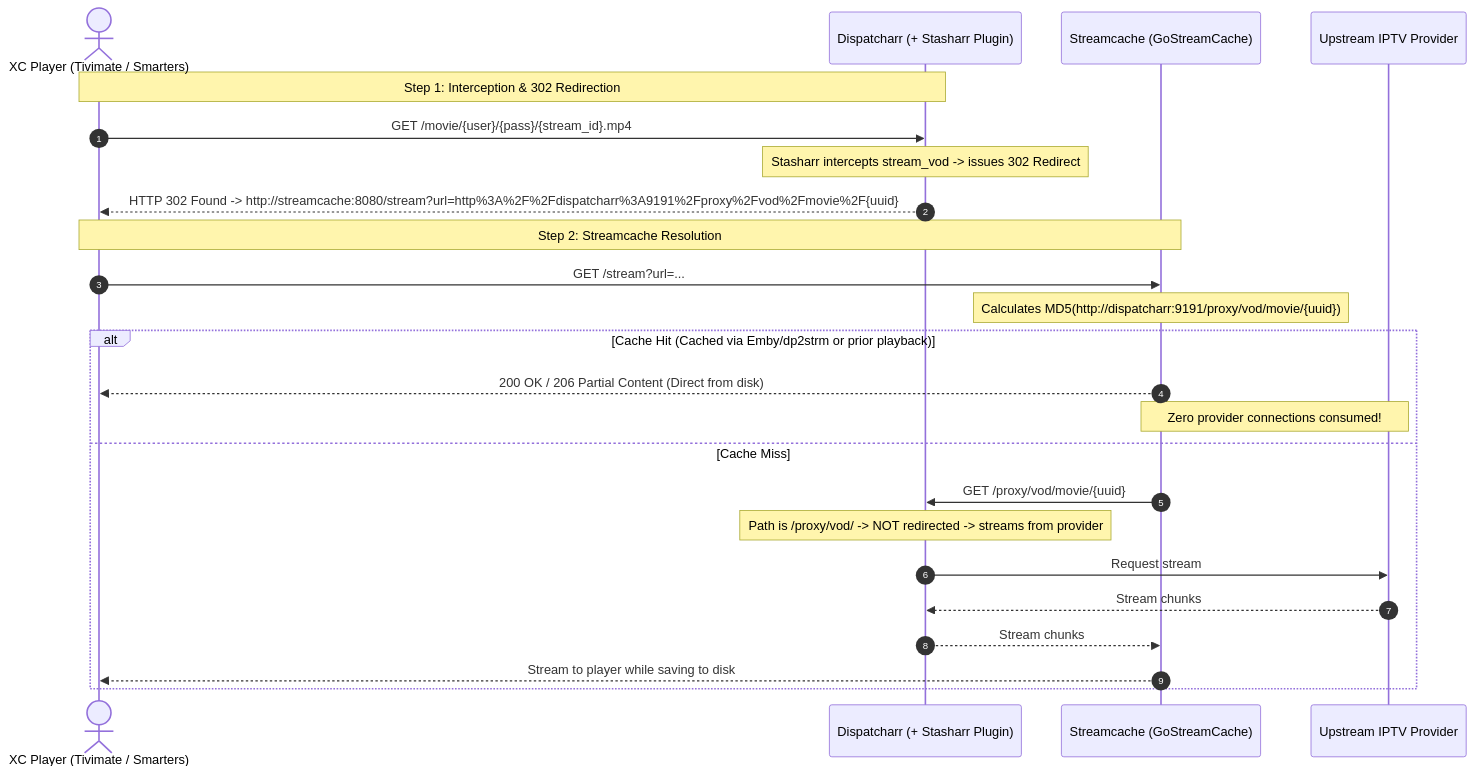
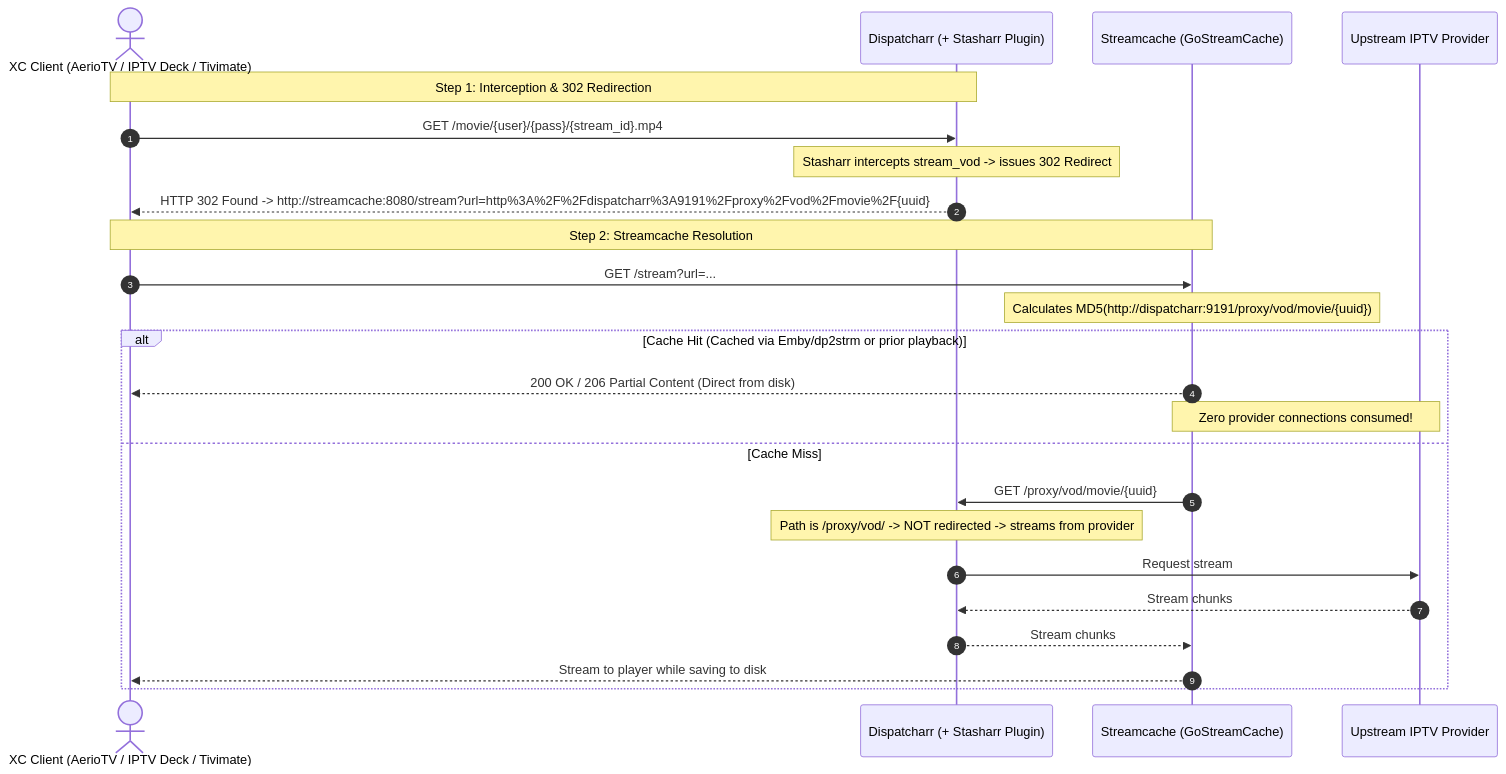
One commit to bruor/stasharr changed the diagram in README.md. Above: the diagram before and after it, drawn with Mermaid. The commit also changed other lines of this file, not shown here.

Commit message:
docs: update README with XC clients (AerioTV, IPTV Deck, Tivimate)

````diff
--- a/README.md
+++ b/README.md
@@ -14,29 +14,29 @@
 ```mermaid
 sequenceDiagram
     autonumber
-    actor Player as XC Player (Tivimate / Smarters)
+    actor Player as XC Client (AerioTV / IPTV Deck / Tivimate)
     participant Dispatcharr as Dispatcharr (+ Stasharr Plugin)
     participant Streamcache as Streamcache (GoStreamCache)
     participant Provider as Upstream IPTV Provider
 
     Note over Player,Dispatcharr: Step 1: Interception & 302 Redirection
     Player->>Dispatcharr: GET /movie/{user}/{pass}/{stream_id}.mp4
     Note over Dispatcharr: Stasharr intercepts stream_vod -> issues 302 Redirect
     Dispatcharr-->>Player: HTTP 302 Found -> http://streamcache:8080/stream?url=http%3A%2F%2Fdispatcharr%3A9191%2Fproxy%2Fvod%2Fmovie%2F{uuid}
 
     Note over Player,Streamcache: Step 2: Streamcache Resolution
     Player->>Streamcache: GET /stream?url=...
     Note over Streamcache: Calculates MD5(http://dispatcharr:9191/proxy/vod/movie/{uuid})
 
     alt Cache Hit (Cached via Emby/dp2strm or prior playback)
         Streamcache-->>Player: 200 OK / 206 Partial Content (Direct from disk)
         Note over Streamcache,Provider: Zero provider connections consumed!
     else Cache Miss
         Streamcache->>Dispatcharr: GET /proxy/vod/movie/{uuid}
         Note over Dispatcharr: Path is /proxy/vod/ -> NOT redirected -> streams from provider
         Dispatcharr->>Provider: Request stream
         Provider-->>Dispatcharr: Stream chunks
         Dispatcharr-->>Streamcache: Stream chunks
         Streamcache-->>Player: Stream to player while saving to disk
     end
 ```
````
